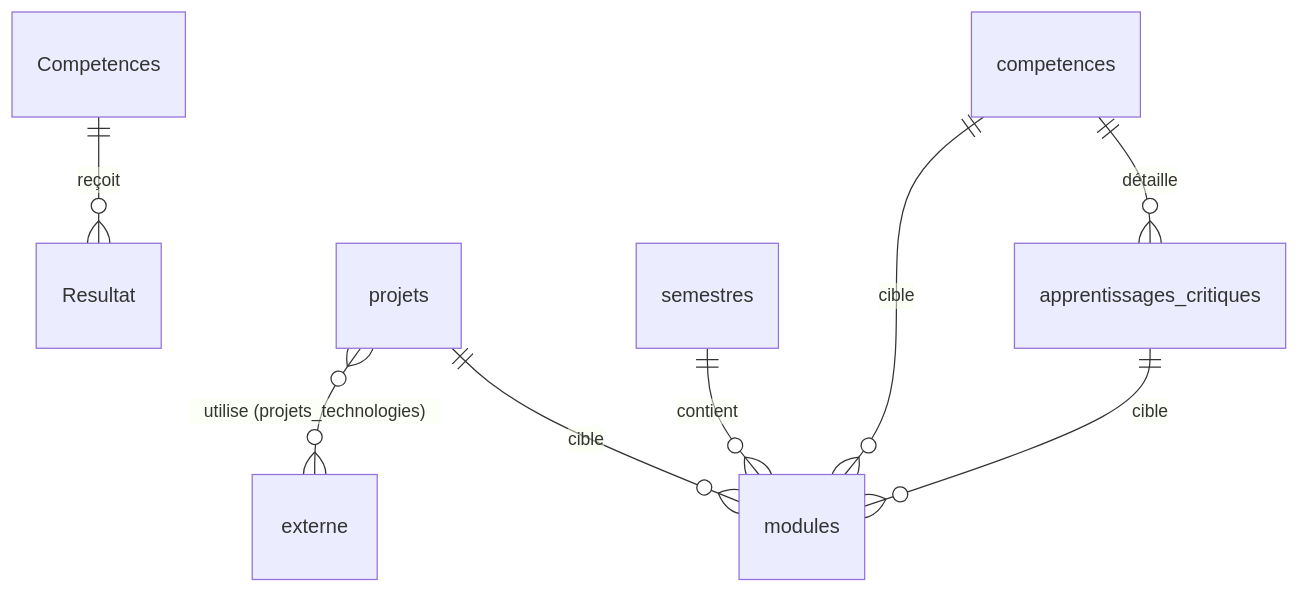
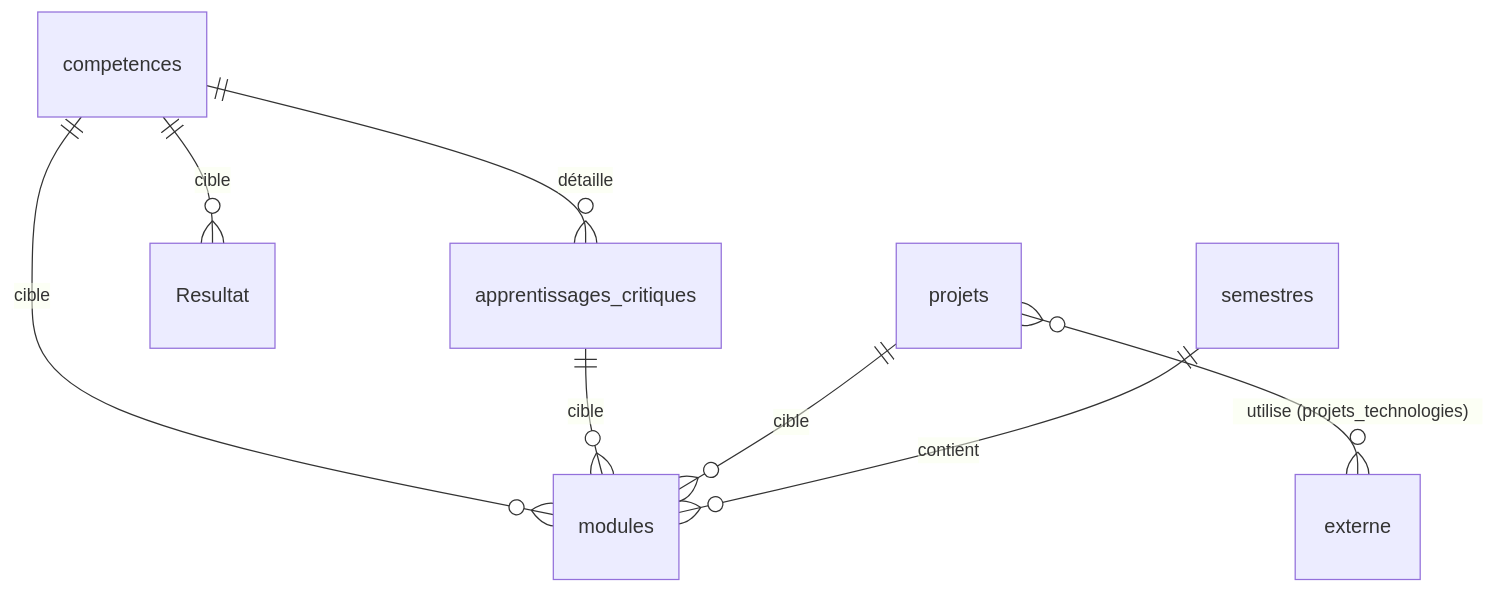
Before and after one commit to tshazlytembo123-bot/tshazly-man-tte: the second of 2 diagrams in architecture/ARCHITECTURE.md, drawn with Mermaid.

Commit message:
Update ER diagram with competences to Resultat relation
Added relationship between competences and Resultat in the ER diagram.

````diff
--- a/architecture/ARCHITECTURE.md
+++ b/architecture/ARCHITECTURE.md
@@ -65,10 +65,11 @@
 ```mermaid
 erDiagram
   competences ||--o{ apprentissages_critiques : "détaille"
   competences ||--o{ modules : "cible"
+  competences  ||--o{ Resultat  : "cible"
   apprentissages_critiques ||--o{ modules : "cible"
   projets ||--o{modules : "cible"
   projets }o--o{ externe : "utilise (projets_technologies)"
   semestres ||--o{ modules : "contient"
-  Competences ||--o{ Resultat  : "reçoit"
+  
 ```
````
